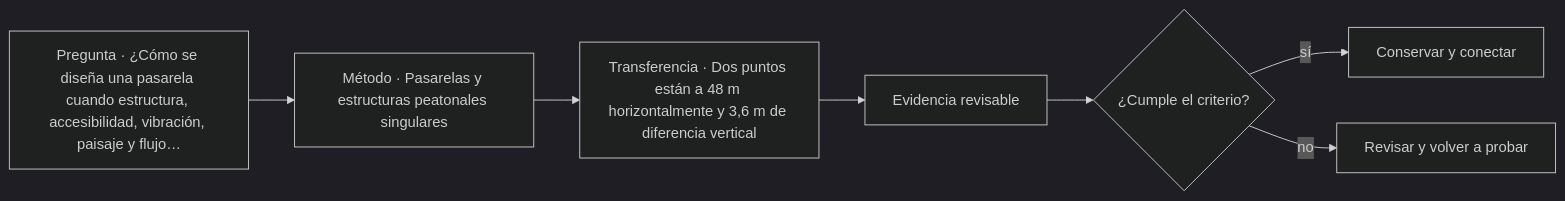
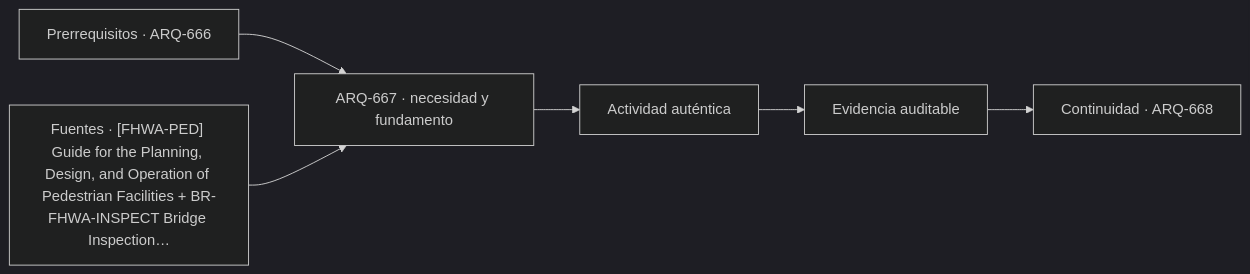
The diagram in classes/parte-67/ARQ-667.md (vladimiracunadev-create/architecture-built-environment-learning-program), drawn with Mermaid (dark theme) before and after one commit. The commit also changed other lines of this file and 761 other files, not shown here.

````diff
--- a/classes/parte-67/ARQ-667.md
+++ b/classes/parte-67/ARQ-667.md
@@ -68,9 +80,8 @@
 ```mermaid
 flowchart LR
-    Q["Pregunta · ¿Cómo se diseña una pasarela cuando estructura, accesibilidad, vibración, paisaje y flujo…"] --> M["Método · Pasarelas y estructuras peatonales singulares"]
-    M --> P["Transferencia · Dos puntos están a 48 m horizontalmente y 3,6 m de diferencia vertical"]
-    P --> E["Evidencia revisable"]
-    E --> C{"¿Cumple el criterio?"}
-    C -->|sí| T["Conservar y conectar"]
-    C -->|no| R["Revisar y volver a probar"]
+    A["Prerrequisitos · ARQ-666"] --> B["ARQ-667 · necesidad y fundamento"]
+    S["Fuentes · [FHWA-PED] Guide for the Planning, Design, and Operation of Pedestrian Facilities + BR-FHWA-INSPECT Bridge Inspection…"] --> B
+    B --> C["Actividad auténtica"]
+    C --> D["Evidencia auditable"]
+    D --> E["Continuidad · ARQ-668"]
 ```
````
